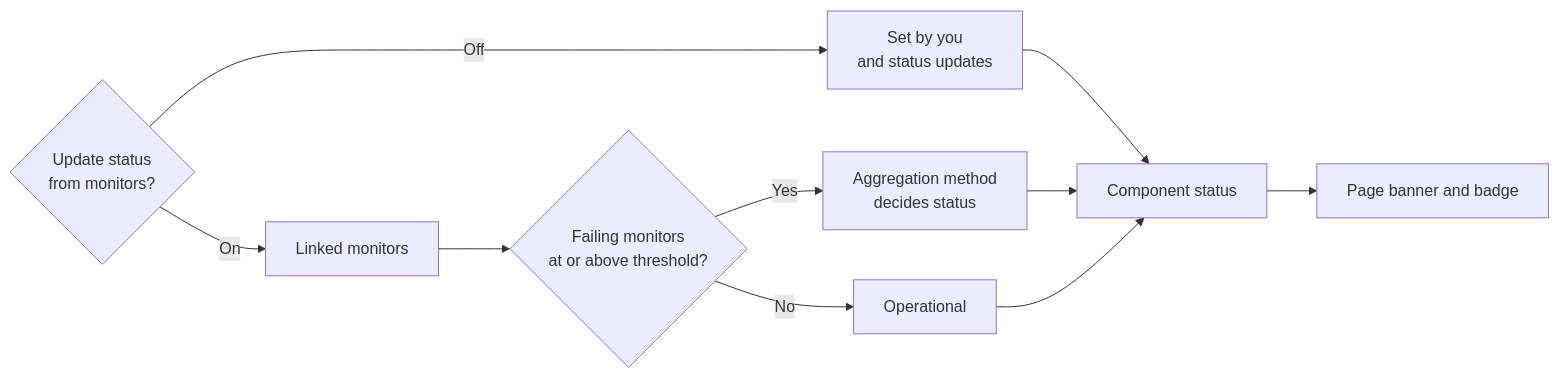
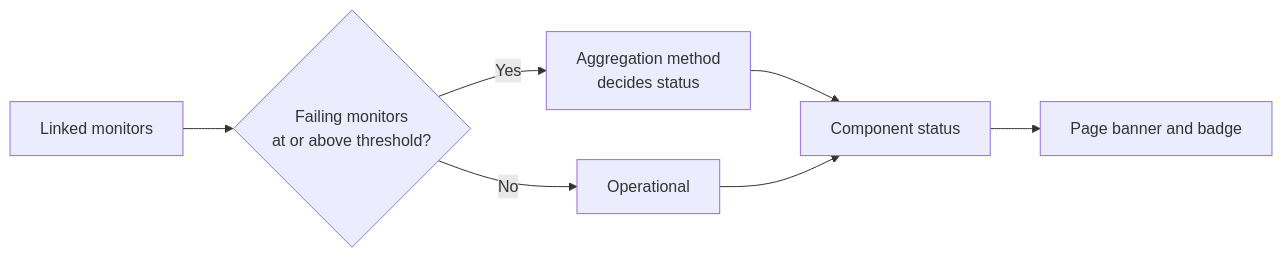
Before and after one commit to supercheck-io/supercheck: the second of 5 diagrams in docs/content/docs/app/communicate/status-pages.mdx, drawn with Mermaid. The commit also changed other lines of this file and 49 other files, not shown here.

First line of the commit message:
refactor(status-pages): monitor-driven status when linked; fix review findings

````diff
--- a/docs/content/docs/app/communicate/status-pages.mdx
+++ b/docs/content/docs/app/communicate/status-pages.mdx
@@ -109,12 +108,9 @@
 ```mermaid
 flowchart LR
-    U{Update status<br/>from monitors?} -- Off --> H[Set by you<br/>and status updates]
-    U -- On --> M[Linked monitors]
-    H --> C
-    M --> T{Failing monitors<br/>at or above threshold?}
+    M[Linked monitors] --> T{Failing monitors<br/>at or above threshold?}
     T -- No --> O[Operational]
     T -- Yes --> A[Aggregation method<br/>decides status]
     A --> C[Component status]
     O --> C
     C --> P[Page banner and badge]
 ```
````
